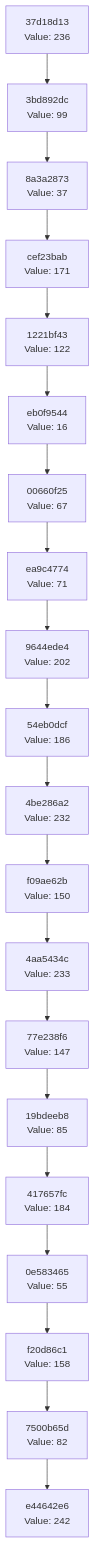
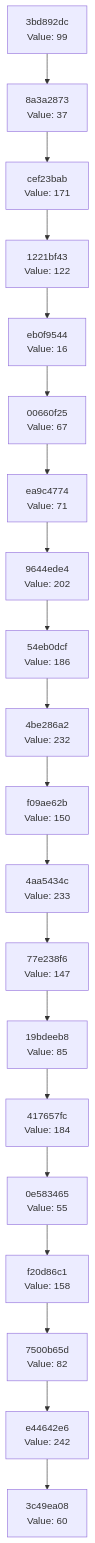
Before and after one commit to Abhisheksinha1506/hash-chain-evolver: the diagram in docs/CHAIN_VISUALIZATION.md, drawn with Mermaid. The commit also changed 3 other files, not shown here.

````diff
--- a/docs/CHAIN_VISUALIZATION.md
+++ b/docs/CHAIN_VISUALIZATION.md
@@ -3,42 +3,42 @@
 ```mermaid
 graph TD
-    C0["e44642e6<br/>Value: 242"]
-    C1["7500b65d<br/>Value: 82"]
+    C0["3c49ea08<br/>Value: 60"]
+    C1["e44642e6<br/>Value: 242"]
     C1 --> C0
-    C2["f20d86c1<br/>Value: 158"]
+    C2["7500b65d<br/>Value: 82"]
     C2 --> C1
-    C3["0e583465<br/>Value: 55"]
+    C3["f20d86c1<br/>Value: 158"]
     C3 --> C2
-    C4["417657fc<br/>Value: 184"]
+    C4["0e583465<br/>Value: 55"]
     C4 --> C3
-    C5["19bdeeb8<br/>Value: 85"]
+    C5["417657fc<br/>Value: 184"]
     C5 --> C4
-    C6["77e238f6<br/>Value: 147"]
+    C6["19bdeeb8<br/>Value: 85"]
     C6 --> C5
-    C7["4aa5434c<br/>Value: 233"]
+    C7["77e238f6<br/>Value: 147"]
     C7 --> C6
-    C8["f09ae62b<br/>Value: 150"]
+    C8["4aa5434c<br/>Value: 233"]
     C8 --> C7
-    C9["4be286a2<br/>Value: 232"]
+    C9["f09ae62b<br/>Value: 150"]
     C9 --> C8
-    C10["54eb0dcf<br/>Value: 186"]
+    C10["4be286a2<br/>Value: 232"]
     C10 --> C9
-    C11["9644ede4<br/>Value: 202"]
+    C11["54eb0dcf<br/>Value: 186"]
     C11 --> C10
-    C12["ea9c4774<br/>Value: 71"]
+    C12["9644ede4<br/>Value: 202"]
     C12 --> C11
-    C13["00660f25<br/>Value: 67"]
+    C13["ea9c4774<br/>Value: 71"]
     C13 --> C12
-    C14["eb0f9544<br/>Value: 16"]
+    C14["00660f25<br/>Value: 67"]
     C14 --> C13
-    C15["1221bf43<br/>Value: 122"]
+    C15["eb0f9544<br/>Value: 16"]
     C15 --> C14
-    C16["cef23bab<br/>Value: 171"]
+    C16["1221bf43<br/>Value: 122"]
     C16 --> C15
-    C17["8a3a2873<br/>Value: 37"]
+    C17["cef23bab<br/>Value: 171"]
     C17 --> C16
-    C18["3bd892dc<br/>Value: 99"]
+    C18["8a3a2873<br/>Value: 37"]
     C18 --> C17
-    C19["37d18d13<br/>Value: 236"]
+    C19["3bd892dc<br/>Value: 99"]
     C19 --> C18
 ```
````
